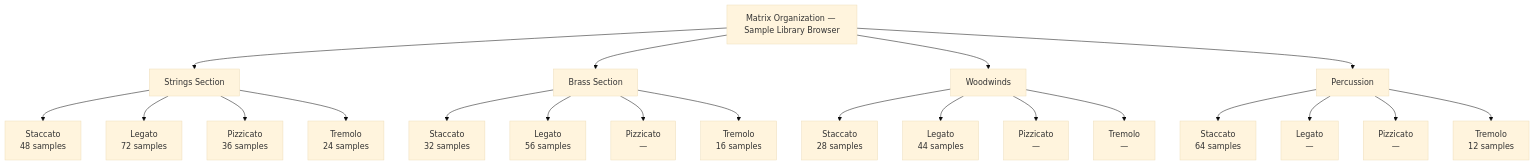
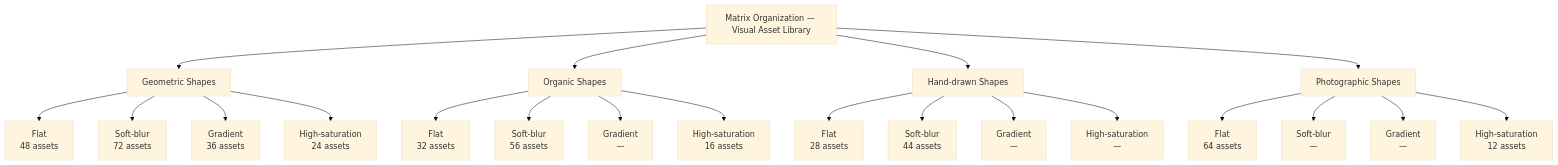
Before and after one commit to blebleblee/synapse: the third of 3 diagrams in topics/arts/design/ux_design/lesson_03_information_architecture.md, drawn with Mermaid (base theme). The commit also changed other lines of this file and 57 other files, not shown here.

````diff
--- a/topics/arts/design/ux_design/lesson_03_information_architecture.md
+++ b/topics/arts/design/ux_design/lesson_03_information_architecture.md
@@ -128,29 +128,29 @@
 ```mermaid
 flowchart TD
-    Title["Matrix Organization — Sample Library Browser"]
-    
-    Title --> StringsSection["Strings Section"]
-    Title --> BrassSection["Brass Section"]
-    Title --> Woodwinds["Woodwinds"]
-    Title --> Percussion["Percussion"]
-    
-    StringsSection --> S_Staccato["Staccato<br/>48 samples"]
-    StringsSection --> S_Legato["Legato<br/>72 samples"]
-    StringsSection --> S_Pizzicato["Pizzicato<br/>36 samples"]
-    StringsSection --> S_Tremolo["Tremolo<br/>24 samples"]
-    
-    BrassSection --> B_Staccato["Staccato<br/>32 samples"]
-    BrassSection --> B_Legato["Legato<br/>56 samples"]
-    BrassSection --> B_Pizzicato["Pizzicato<br/>—"]
-    BrassSection --> B_Tremolo["Tremolo<br/>16 samples"]
-    
-    Woodwinds --> W_Staccato["Staccato<br/>28 samples"]
-    Woodwinds --> W_Legato["Legato<br/>44 samples"]
-    Woodwinds --> W_Pizzicato["Pizzicato<br/>—"]
-    Woodwinds --> W_Tremolo["Tremolo<br/>—"]
-    
-    Percussion --> P_Staccato["Staccato<br/>64 samples"]
-    Percussion --> P_Legato["Legato<br/>—"]
-    Percussion --> P_Pizzicato["Pizzicato<br/>—"]
-    Percussion --> P_Tremolo["Tremolo<br/>12 samples"]
+    Title["Matrix Organization — Visual Asset Library"]
+
+    Title --> GeomSection["Geometric Shapes"]
+    Title --> OrgSection["Organic Shapes"]
+    Title --> HandSection["Hand-drawn Shapes"]
+    Title --> PhotoSection["Photographic Shapes"]
+
+    GeomSection --> Geom_Flat["Flat<br/>48 assets"]
+    GeomSection --> Geom_Softblur["Soft-blur<br/>72 assets"]
+    GeomSection --> Geom_Gradient["Gradient<br/>36 assets"]
+    GeomSection --> Geom_Highsaturation["High-saturation<br/>24 assets"]
+
+    OrgSection --> Org_Flat["Flat<br/>32 assets"]
+    OrgSection --> Org_Softblur["Soft-blur<br/>56 assets"]
+    OrgSection --> Org_Gradient["Gradient<br/>—"]
+    OrgSection --> Org_Highsaturation["High-saturation<br/>16 assets"]
+
+    HandSection --> Hand_Flat["Flat<br/>28 assets"]
+    HandSection --> Hand_Softblur["Soft-blur<br/>44 assets"]
+    HandSection --> Hand_Gradient["Gradient<br/>—"]
+    HandSection --> Hand_Highsaturation["High-saturation<br/>—"]
+
+    PhotoSection --> Photo_Flat["Flat<br/>64 assets"]
+    PhotoSection --> Photo_Softblur["Soft-blur<br/>—"]
+    PhotoSection --> Photo_Gradient["Gradient<br/>—"]
+    PhotoSection --> Photo_Highsaturation["High-saturation<br/>12 assets"]
 ```
````
